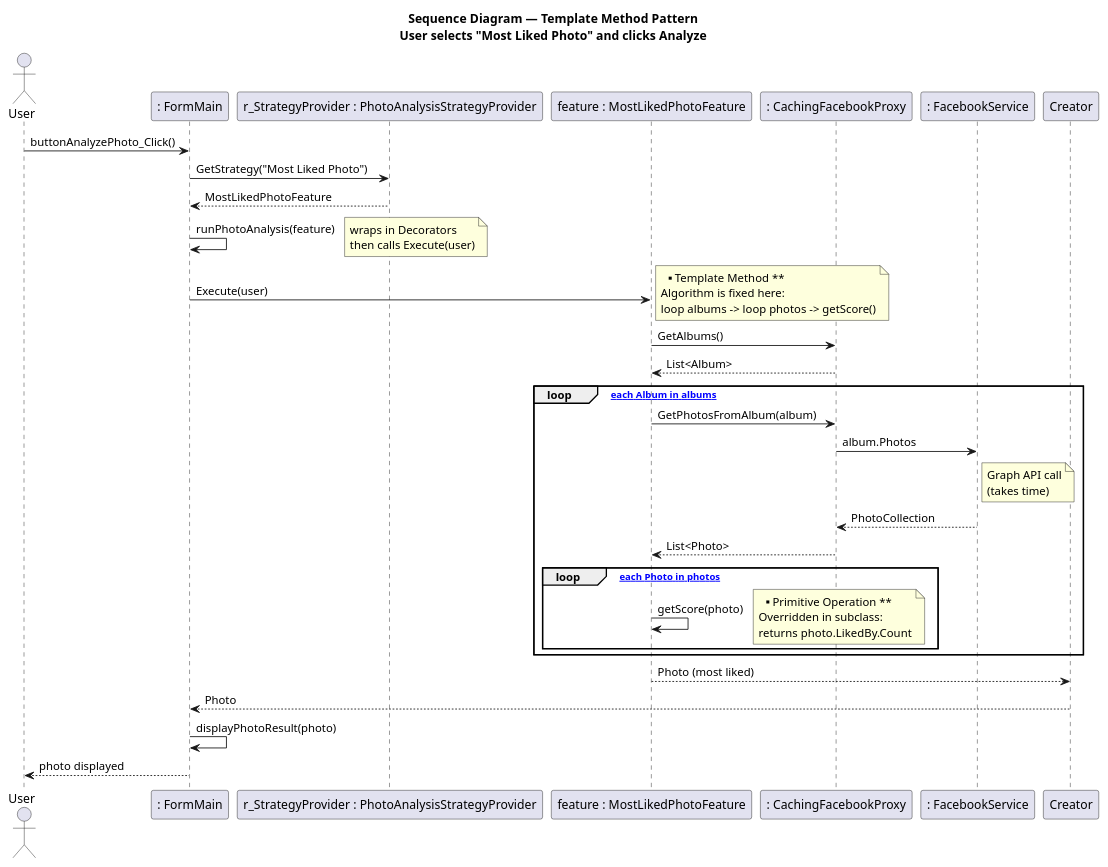
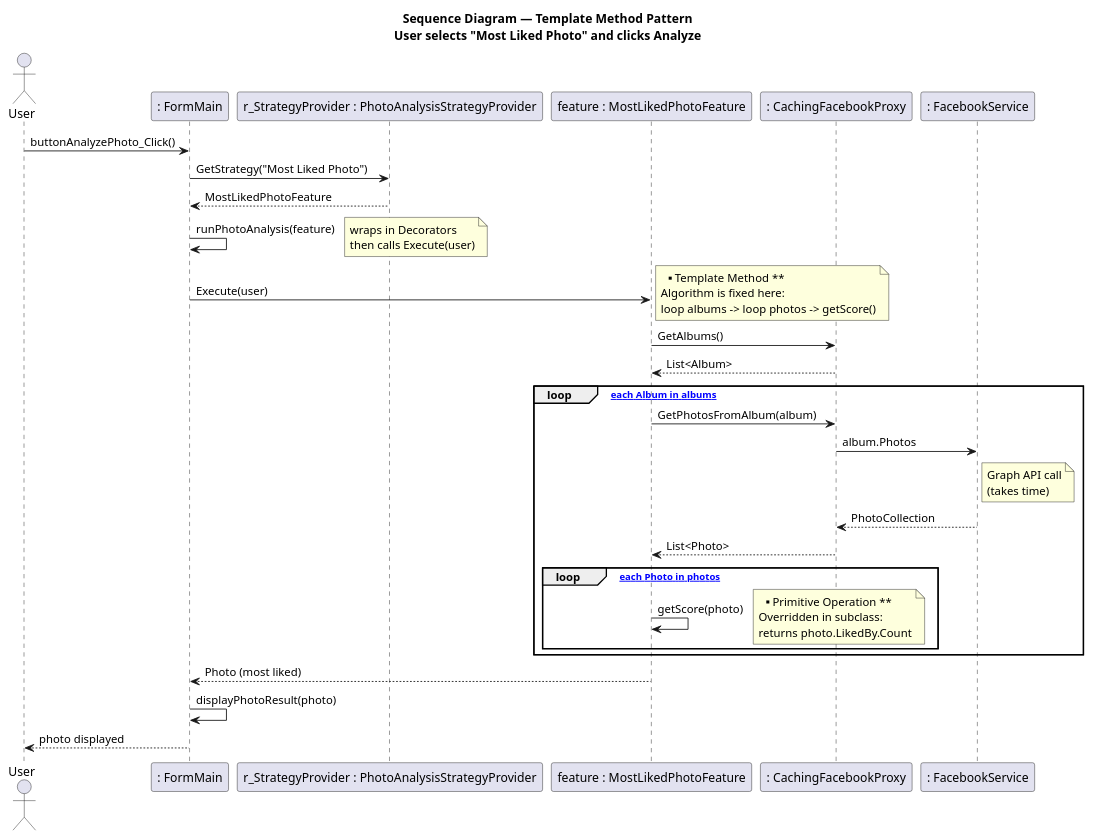
Before and after one commit to LotemKimchi/Application-Programming-Using-Design-Patterns: the diagram in Project3/B26 Ex03 LotemKimchi 318173481 ShaniSalomon 208573683 NEW/uml/TemplateMethod_SequenceDiagram.puml, drawn with PlantUML. The commit also changed 1 other file, not shown here.

Commit message:
Fix remaining Creator references in Decorator and TemplateMethod UML

```diff
--- a/Project3/B26 Ex03 LotemKimchi 318173481 ShaniSalomon 208573683 NEW/uml/TemplateMethod_SequenceDiagram.puml
+++ b/Project3/B26 Ex03 LotemKimchi 318173481 ShaniSalomon 208573683 NEW/uml/TemplateMethod_SequenceDiagram.puml
@@ -1,50 +1,49 @@
 @startuml
 title Sequence Diagram — Template Method Pattern\nUser selects "Most Liked Photo" and clicks Analyze
 
 actor User
 participant ": FormMain" as Form
 participant "r_StrategyProvider : PhotoAnalysisStrategyProvider" as Provider
 participant "feature : MostLikedPhotoFeature" as Feature
 participant ": CachingFacebookProxy" as Proxy
 participant ": FacebookService" as FB
 
 User -> Form : buttonAnalyzePhoto_Click()
 Form -> Provider : GetStrategy("Most Liked Photo")
 Provider --> Form : MostLikedPhotoFeature
 
 Form -> Form : runPhotoAnalysis(feature)
 note right : wraps in Decorators\nthen calls Execute(user)
 
 Form -> Feature : Execute(user)
 note right
   ** Template Method **
   Algorithm is fixed here:
   loop albums -> loop photos -> getScore()
 end note
 
 Feature -> Proxy : GetAlbums()
 Proxy --> Feature : List<Album>
 
 loop [for each Album in albums]
     Feature -> Proxy : GetPhotosFromAlbum(album)
     Proxy -> FB : album.Photos
     note right of FB : Graph API call\n(takes time)
     FB --> Proxy : PhotoCollection
     Proxy --> Feature : List<Photo>
 
     loop [for each Photo in photos]
         Feature -> Feature : getScore(photo)
         note right
           ** Primitive Operation **
           Overridden in subclass:
           returns photo.LikedBy.Count
         end note
     end
 end
 
-Feature --> Creator : Photo (most liked)
-Creator --> Form : Photo
+Feature --> Form : Photo (most liked)
 Form -> Form : displayPhotoResult(photo)
 Form --> User : photo displayed
 
 @enduml
```
